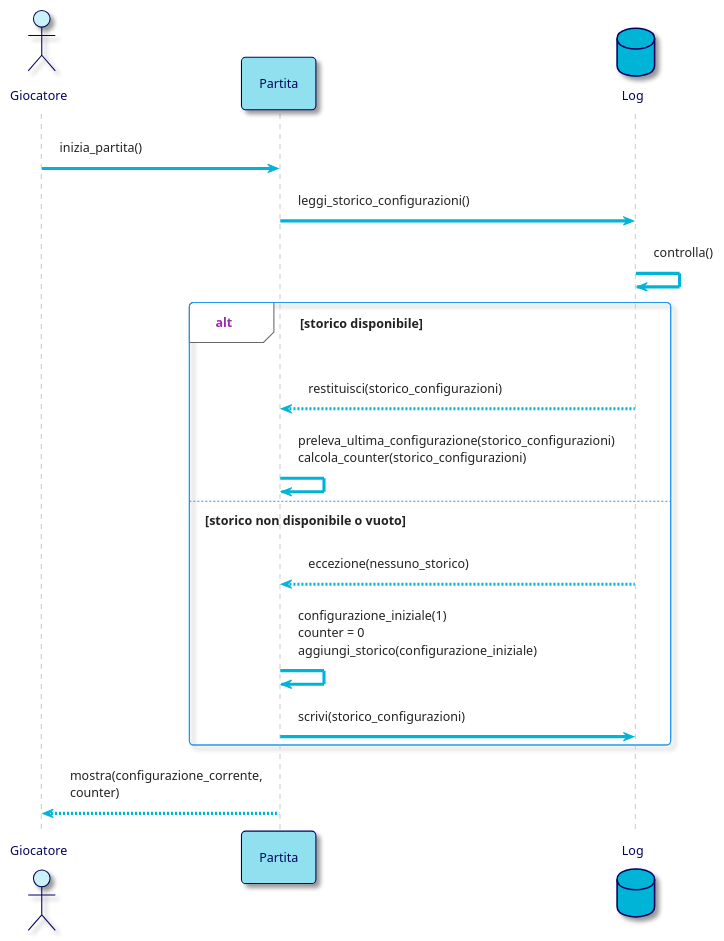
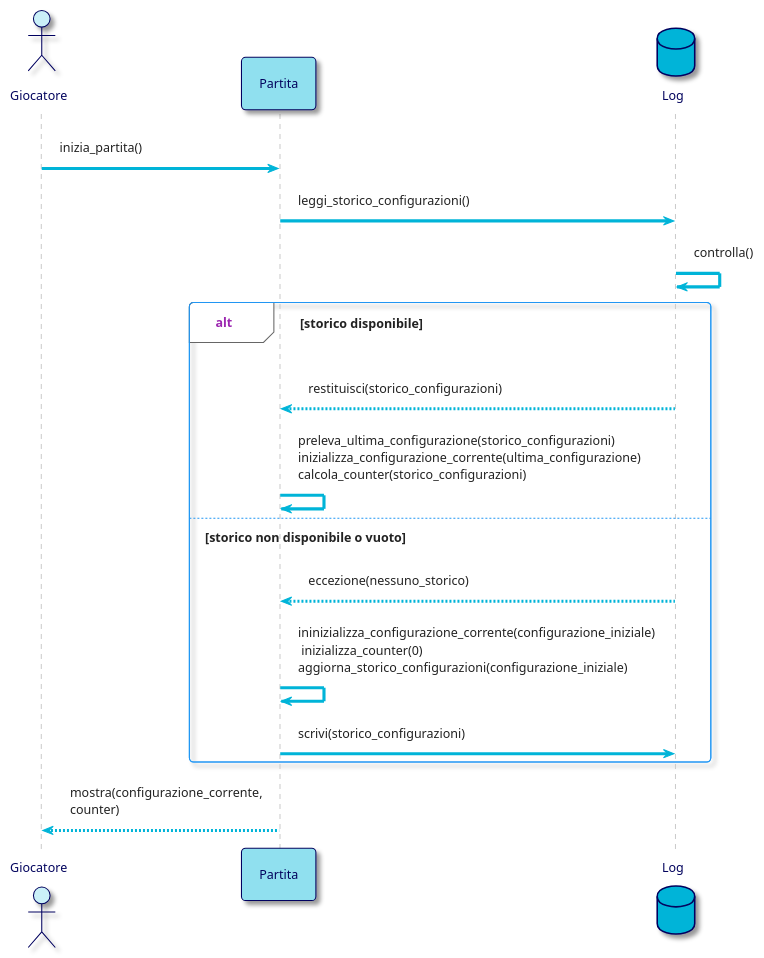
One commit to bellins14/klotski_gruppo2 changed the second of 8 diagrams in resources/Sequence_Diagrams.md. Above: the diagram before and after it, drawn with PlantUML.

Commit message:
Sistemato inizia_partita() in Sequence_Diagrams.md

````diff
--- a/resources/Sequence_Diagrams.md
+++ b/resources/Sequence_Diagrams.md
@@ -77,40 +77,40 @@
 ```plantuml
 @startuml
 !theme materia-outline
 
 skinparam ArrowColor #00B4D8
 skinparam ActorBorderColor #03045E
 skinparam ActorFontColor #03045E
 skinparam ActorBackgroundColor #CAF0F8
 skinparam ParticipantFontColor #03045E
 skinparam ParticipantBorderColor #03045E
 skinparam ParticipantBackgroundColor #90E0EF
 skinparam DatabaseBorderColor #03045E
 skinparam DatabaseBackgroundColor #00B4D8
 skinparam DatabaseFontColor #03045E
 skinparam BackgroundColor #FFFFFF
 
 actor Giocatore 
 participant Partita
 database Log
 
 Giocatore -> Partita: inizia_partita()
 
 Partita -> Log: leggi_storico_configurazioni()
 Log -> Log: controlla()
 
 
 alt storico disponibile
     Log --> Partita: restituisci(storico_configurazioni)
-    Partita -> Partita: preleva_ultima_configurazione(storico_configurazioni) \ncalcola_counter(storico_configurazioni)
+    Partita -> Partita: preleva_ultima_configurazione(storico_configurazioni) \ninizializza_configurazione_corrente(ultima_configurazione) \ncalcola_counter(storico_configurazioni)
 
 else storico non disponibile o vuoto
     Log --> Partita: eccezione(nessuno_storico)
-    Partita -> Partita: configurazione_iniziale(1) \ncounter = 0 \naggiungi_storico(configurazione_iniziale)
+    Partita -> Partita: ininizializza_configurazione_corrente(configurazione_iniziale) \n inizializza_counter(0) \naggiorna_storico_configurazioni(configurazione_iniziale)
     Partita -> Log: scrivi(storico_configurazioni)
 end
 
 Partita --> Giocatore: mostra(configurazione_corrente,\ncounter)
 
 @enduml
 ```
````
